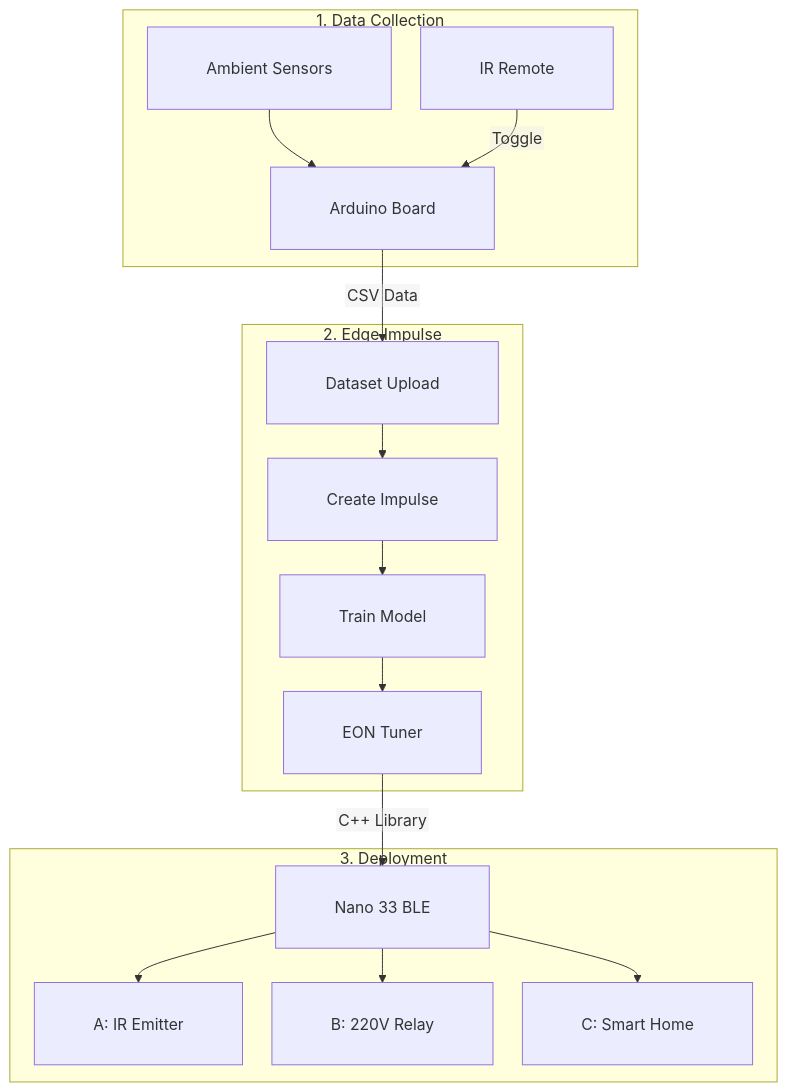
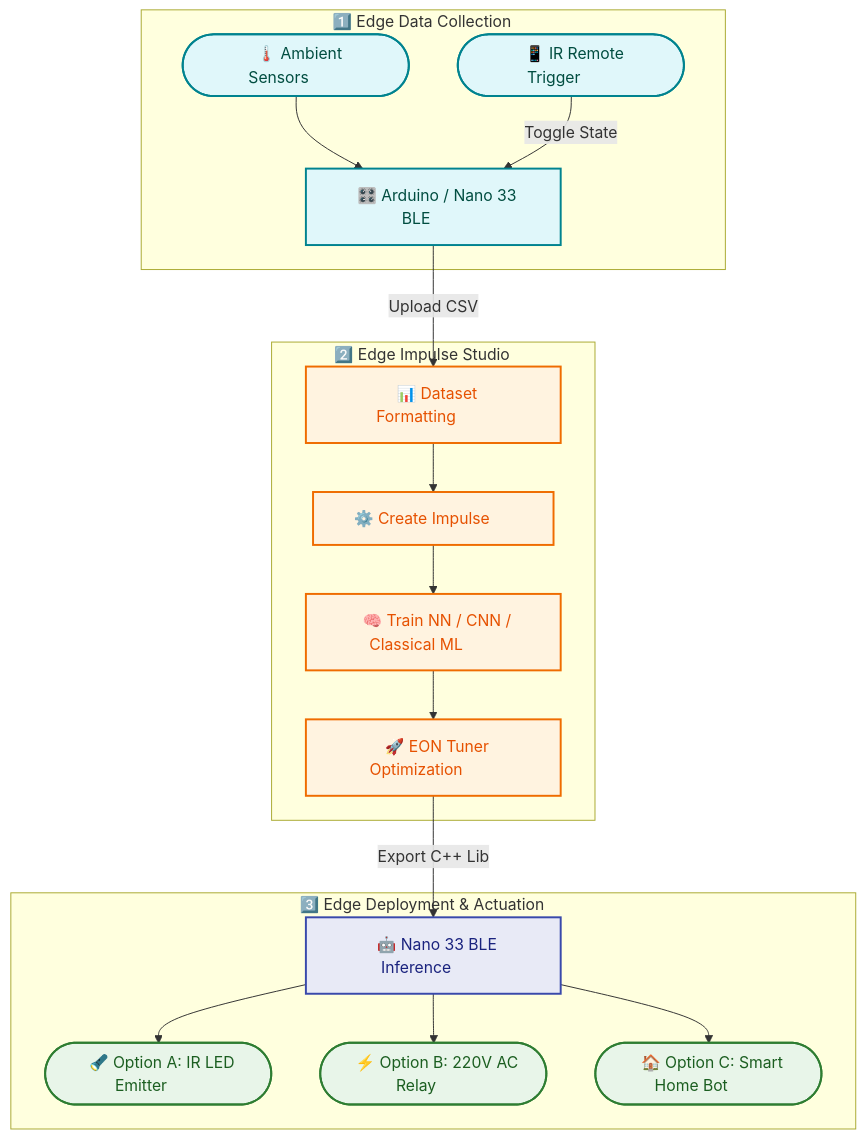
The second of 2 diagrams in README.md (antor44/Acquisition4microcontrollers), drawn with Mermaid before and after one commit. The commit also changed other lines of this file, not shown here.

````diff
--- a/README.md
+++ b/README.md
@@ -116,22 +127,31 @@
 ```mermaid
-%%{init: {'flowchart': {'htmlLabels': false, 'padding': 30, 'nodeSpacing': 30, 'rankSpacing': 35}}}%%
 flowchart TD
-    subgraph Phase1 ["1. Data Collection"]
-        S["Ambient Sensors"] --> MCU1["Arduino Board"]
-        IR["IR Remote"] -->|Toggle| MCU1
+    subgraph Phase1 ["⠀1️⃣ Edge Data Collection⠀⠀⠀"]
+        S(["⠀🌡️ Ambient Sensors⠀⠀⠀"]) --> MCU1["⠀🎛️ Arduino / Nano 33 BLE⠀⠀⠀"]
+        IR(["⠀📱 IR Remote Trigger⠀⠀⠀"]) -->|Toggle State| MCU1
     end
 
-    subgraph Phase2 ["2. Edge Impulse"]
-        MCU1 -->|CSV Data| EI_D["Dataset Upload"]
-        EI_D --> EI_I["Create Impulse"]
-        EI_I --> EI_T["Train Model"]
-        EI_T --> EI_O["EON Tuner"]
+    subgraph Phase2 ["⠀2️⃣ Edge Impulse Studio⠀⠀⠀"]
+        MCU1 -->|Upload CSV| EI_D["⠀📊 Dataset Formatting⠀⠀⠀"]
+        EI_D --> EI_I["⠀⚙️ Create Impulse⠀⠀⠀"]
+        EI_I --> EI_T["⠀🧠 Train NN / CNN / Classical ML⠀⠀⠀"]
+        EI_T --> EI_O["⠀🚀 EON Tuner Optimization⠀⠀⠀"]
     end
 
-    subgraph Phase3 ["3. Deployment"]
-        EI_O -->|C++ Library| MCU2["Nano 33 BLE"]
-        MCU2 --> ACT1["A: IR Emitter"]
-        MCU2 --> ACT2["B: 220V Relay"]
-        MCU2 --> ACT3["C: Smart Home"]
+    subgraph Phase3 ["⠀3️⃣ Edge Deployment & Actuation⠀⠀⠀"]
+        EI_O -->|Export C++ Lib| MCU2["⠀🤖 Nano 33 BLE Inference⠀⠀⠀"]
+        MCU2 --> ACT1(["⠀🔦 Option A: IR LED Emitter⠀⠀⠀"])
+        MCU2 --> ACT2(["⠀⚡ Option B: 220V AC Relay⠀⠀⠀"])
+        MCU2 --> ACT3(["⠀🏠 Option C: Smart Home Bot⠀⠀⠀"])
     end
+
+    classDef edge fill:#e0f7fa,stroke:#00838f,stroke-width:2px,color:#004d40;
+    classDef cloud fill:#fff3e0,stroke:#ef6c00,stroke-width:2px,color:#e65100;
+    classDef deploy fill:#e8eaf6,stroke:#3949ab,stroke-width:2px,color:#1a237e;
+    classDef actuator fill:#e8f5e9,stroke:#2e7d32,stroke-width:2px,color:#1b5e20;
+
+    class S,IR,MCU1 edge;
+    class EI_D,EI_I,EI_T,EI_O cloud;
+    class MCU2 deploy;
+    class ACT1,ACT2,ACT3 actuator;
 ```
````
